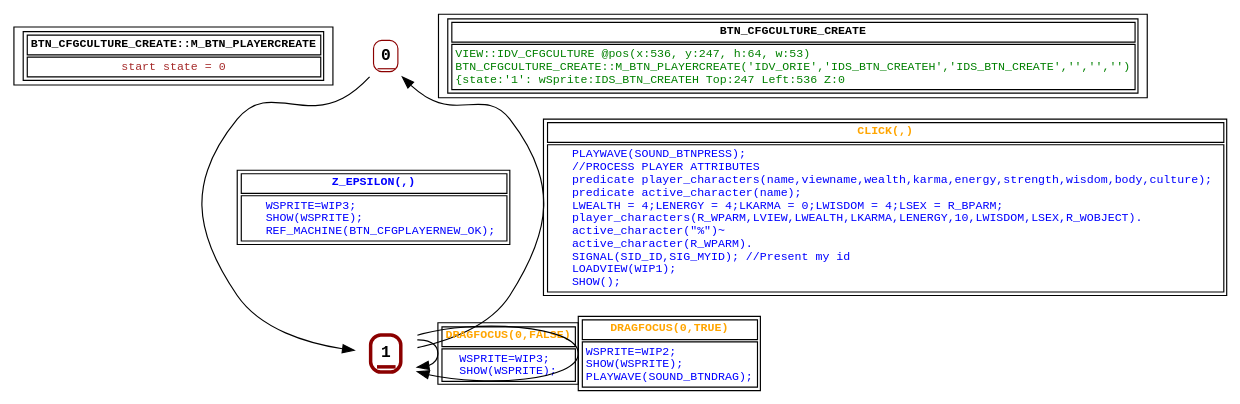
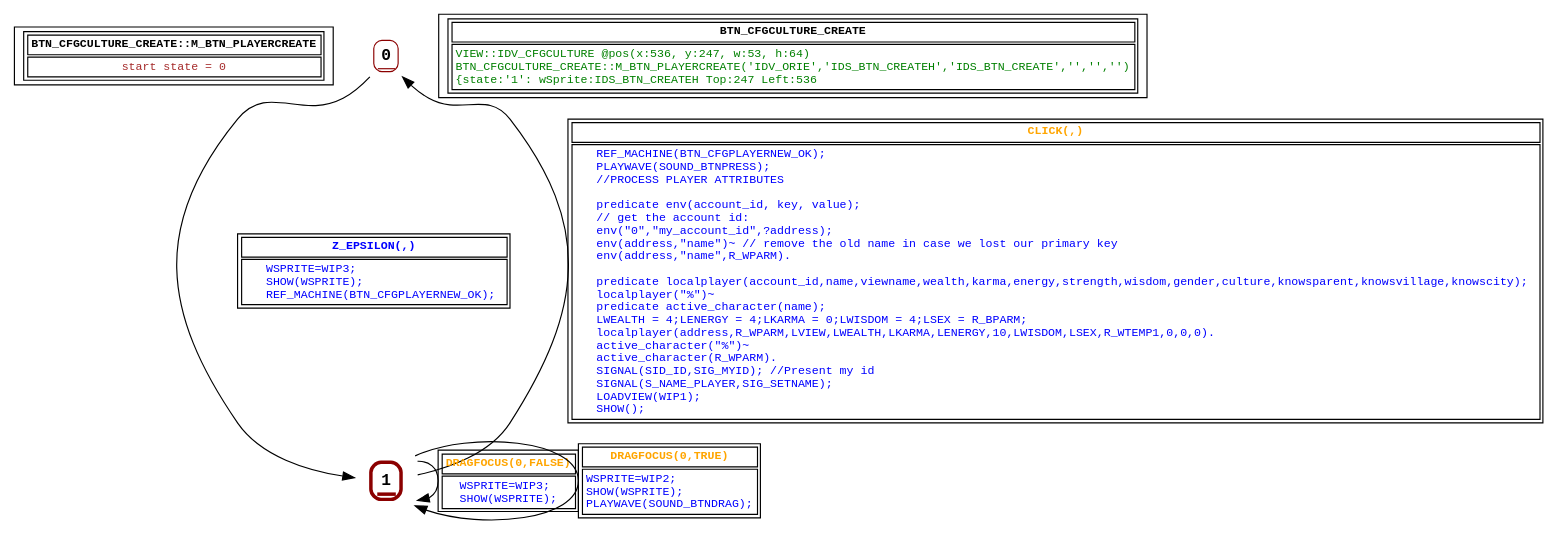
One commit to guy-stewart/AzariaCD changed the diagram in graphs/BTN_CFGCULTURE_CREATE.dot. Above: the diagram before and after it, drawn with Graphviz. The commit also changed 19 other files, not shown here.

```diff
--- a/graphs/BTN_CFGCULTURE_CREATE.dot
+++ b/graphs/BTN_CFGCULTURE_CREATE.dot
@@ -1,26 +1,26 @@
 digraph Automaton {
  fontname="Courier New"
 	node [shape=oval, fontname="Courier New"];
 	filename[shape = record, fontsize=10, label=< <table border="1"><tr><td><b>BTN_CFGCULTURE_CREATE::M_BTN_PLAYERCREATE<br align="left"/></b></td></tr>
 <tr><td><font point-size="10" color ="brown">start state = 0<br align="left"/></font></td></tr></table>>
 ];
 	0[shape = none, fontsize=14, label=< <table border="1" color="darkred" style="rounded"><tr><td sides="b"><b>0<br align="left"/></b></td></tr>
 </table>>];
 "0" -> "1" [fontcolor=blue,fontsize=10,fontname="Courier New", label=< <table border="1"><tr><td><b>Z_EPSILON(,)<br align="left"/></b></td></tr>
 <tr><td><font point-size="10" color ="blue">    WSPRITE=WIP3;<br align="left"/>    SHOW(WSPRITE);<br align="left"/>    REF_MACHINE(BTN_CFGPLAYERNEW_OK);<br align="left"/></font></td></tr></table>>
 ];
 	1[shape = none, fontsize=14, label=< <table border="3" color="darkred" style="rounded"><tr><td sides="b"><b>1<br align="left"/></b></td></tr>
 </table>>];
 "1" -> "0" [fontcolor=orange,fontsize=10,fontname="Courier New", label=< <table border="1"><tr><td><b>CLICK(,)<br align="left"/></b></td></tr>
-<tr><td><font point-size="10" color ="blue">    PLAYWAVE(SOUND_BTNPRESS);<br align="left"/>    //PROCESS PLAYER ATTRIBUTES<br align="left"/>    predicate player_characters(name,viewname,wealth,karma,energy,strength,wisdom,body,culture);<br align="left"/>    predicate active_character(name);<br align="left"/>    LWEALTH = 4;LENERGY = 4;LKARMA = 0;LWISDOM = 4;LSEX = R_BPARM;<br align="left"/>    player_characters(R_WPARM,LVIEW,LWEALTH,LKARMA,LENERGY,10,LWISDOM,LSEX,R_WOBJECT).<br align="left"/>    active_character(&quot;%&quot;)~<br align="left"/>    active_character(R_WPARM).<br align="left"/>    SIGNAL(SID_ID,SIG_MYID); //Present my id<br align="left"/>    LOADVIEW(WIP1);<br align="left"/>    SHOW();<br align="left"/></font></td></tr></table>>
+<tr><td><font point-size="10" color ="blue">    REF_MACHINE(BTN_CFGPLAYERNEW_OK);<br align="left"/>    PLAYWAVE(SOUND_BTNPRESS);<br align="left"/>    //PROCESS PLAYER ATTRIBUTES<br align="left"/>   <br align="left"/>    predicate env(account_id, key, value);<br align="left"/>    // get the account id:<br align="left"/>    env(&quot;0&quot;,&quot;my_account_id&quot;,?address);<br align="left"/>    env(address,&quot;name&quot;)~ // remove the old name in case we lost our primary key<br align="left"/>    env(address,&quot;name&quot;,R_WPARM).<br align="left"/>   <br align="left"/>    predicate localplayer(account_id,name,viewname,wealth,karma,energy,strength,wisdom,gender,culture,knowsparent,knowsvillage,knowscity);<br align="left"/>    localplayer(&quot;%&quot;)~<br align="left"/>    predicate active_character(name);<br align="left"/>    LWEALTH = 4;LENERGY = 4;LKARMA = 0;LWISDOM = 4;LSEX = R_BPARM; <br align="left"/>    localplayer(address,R_WPARM,LVIEW,LWEALTH,LKARMA,LENERGY,10,LWISDOM,LSEX,R_WTEMP1,0,0,0).<br align="left"/>    active_character(&quot;%&quot;)~<br align="left"/>    active_character(R_WPARM).<br align="left"/>    SIGNAL(SID_ID,SIG_MYID); //Present my id<br align="left"/>    SIGNAL(S_NAME_PLAYER,SIG_SETNAME);<br align="left"/>    LOADVIEW(WIP1);<br align="left"/>    SHOW();<br align="left"/></font></td></tr></table>>
 ];
 "1" -> "1" [fontcolor=orange,fontsize=10,fontname="Courier New", label=< <table border="1"><tr><td><b>DRAGFOCUS(0,FALSE)<br align="left"/></b></td></tr>
 <tr><td><font point-size="10" color ="blue">WSPRITE=WIP3;<br align="left"/>SHOW(WSPRITE);<br align="left"/></font></td></tr></table>>
 ];
 "1" -> "1" [fontcolor=orange,fontsize=10,fontname="Courier New", label=< <table border="1"><tr><td><b>DRAGFOCUS(0,TRUE)<br align="left"/></b></td></tr>
 <tr><td><font point-size="10" color ="blue">WSPRITE=WIP2;<br align="left"/>SHOW(WSPRITE);<br align="left"/>PLAYWAVE(SOUND_BTNDRAG);<br align="left"/></font></td></tr></table>>
 ];
 	status[shape = record, fontsize=10, label=< <table border="1"><tr><td><b>BTN_CFGCULTURE_CREATE<br align="left"/></b></td></tr>
-<tr><td><font point-size="10" color ="green">VIEW::IDV_CFGCULTURE @pos(x:536, y:247, h:64, w:53)<br align="left"/>BTN_CFGCULTURE_CREATE::M_BTN_PLAYERCREATE(&apos;IDV_ORIE&apos;,&apos;IDS_BTN_CREATEH&apos;,&apos;IDS_BTN_CREATE&apos;,&apos;&apos;,&apos;&apos;,&apos;&apos;)<br align="left"/>			&#123;state:&apos;1&apos;: wSprite:IDS_BTN_CREATEH Top:247 Left:536 Z:0<br align="left"/></font></td></tr></table>>
+<tr><td><font point-size="10" color ="green">VIEW::IDV_CFGCULTURE @pos(x:536, y:247, w:53, h:64)<br align="left"/>BTN_CFGCULTURE_CREATE::M_BTN_PLAYERCREATE(&apos;IDV_ORIE&apos;,&apos;IDS_BTN_CREATEH&apos;,&apos;IDS_BTN_CREATE&apos;,&apos;&apos;,&apos;&apos;,&apos;&apos;)<br align="left"/>			&#123;state:&apos;1&apos;: wSprite:IDS_BTN_CREATEH Top:247 Left:536<br align="left"/></font></td></tr></table>>
 ];
 }
```
